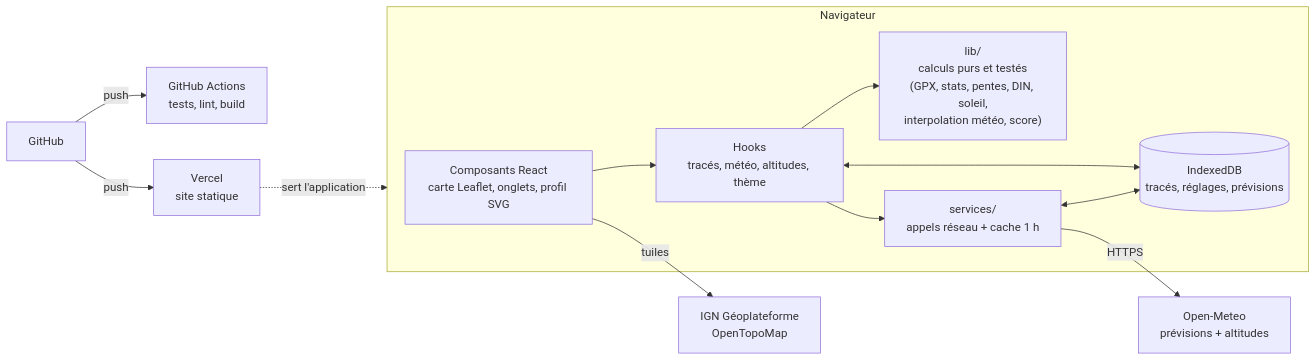
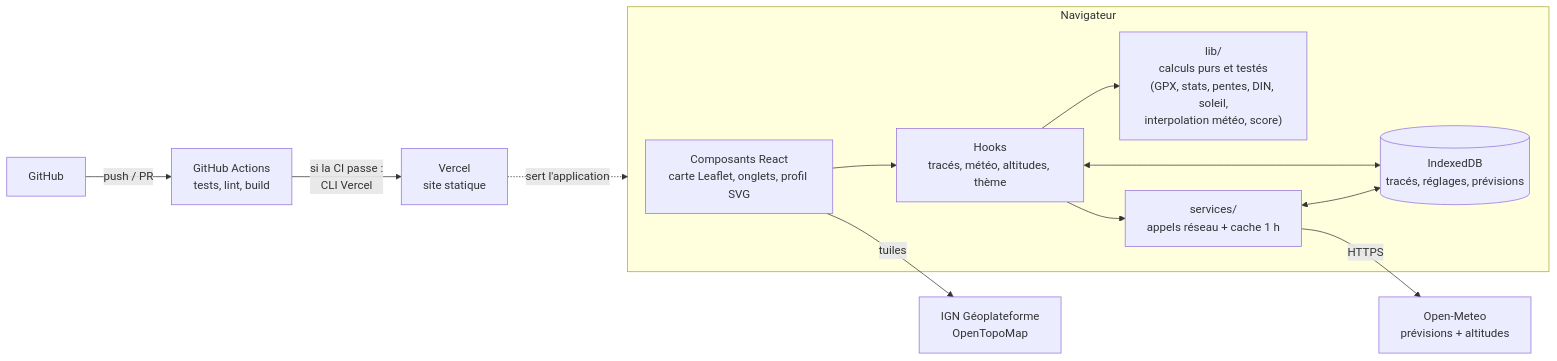
Before and after one commit to Samoth45/Cairn: the first of 2 diagrams in README.md, drawn with Mermaid. The commit also changed other lines of this file and 6 other files, not shown here.

First line of the commit message:
ci: deploy to Vercel from GitHub Actions (CI/CD)

````diff
--- a/README.md
+++ b/README.md
@@ -101,20 +100,20 @@
 ```mermaid
 flowchart LR
   subgraph nav["Navigateur"]
     UI["Composants React<br/>carte Leaflet, onglets, profil SVG"]
     H["Hooks<br/>tracés, météo, altitudes, thème"]
     L["lib/<br/>calculs purs et testés<br/>(GPX, stats, pentes, DIN, soleil,<br/>interpolation météo, score)"]
     S["services/<br/>appels réseau + cache 1 h"]
     DB[("IndexedDB<br/>tracés, réglages, prévisions")]
     UI --> H
     H --> L
     H --> S
     H <--> DB
     S <--> DB
   end
   S -->|HTTPS| OM["Open-Meteo<br/>prévisions + altitudes"]
   UI -->|tuiles| T["IGN Géoplateforme<br/>OpenTopoMap"]
-  GH["GitHub"] -->|push| CI["GitHub Actions<br/>tests, lint, build"]
-  GH -->|push| V["Vercel<br/>site statique"]
+  GH["GitHub"] -->|push / PR| CI["GitHub Actions<br/>tests, lint, build"]
+  CI -->|si la CI passe :<br/>CLI Vercel| V["Vercel<br/>site statique"]
   V -.->|sert l'application| nav
 ```
````
